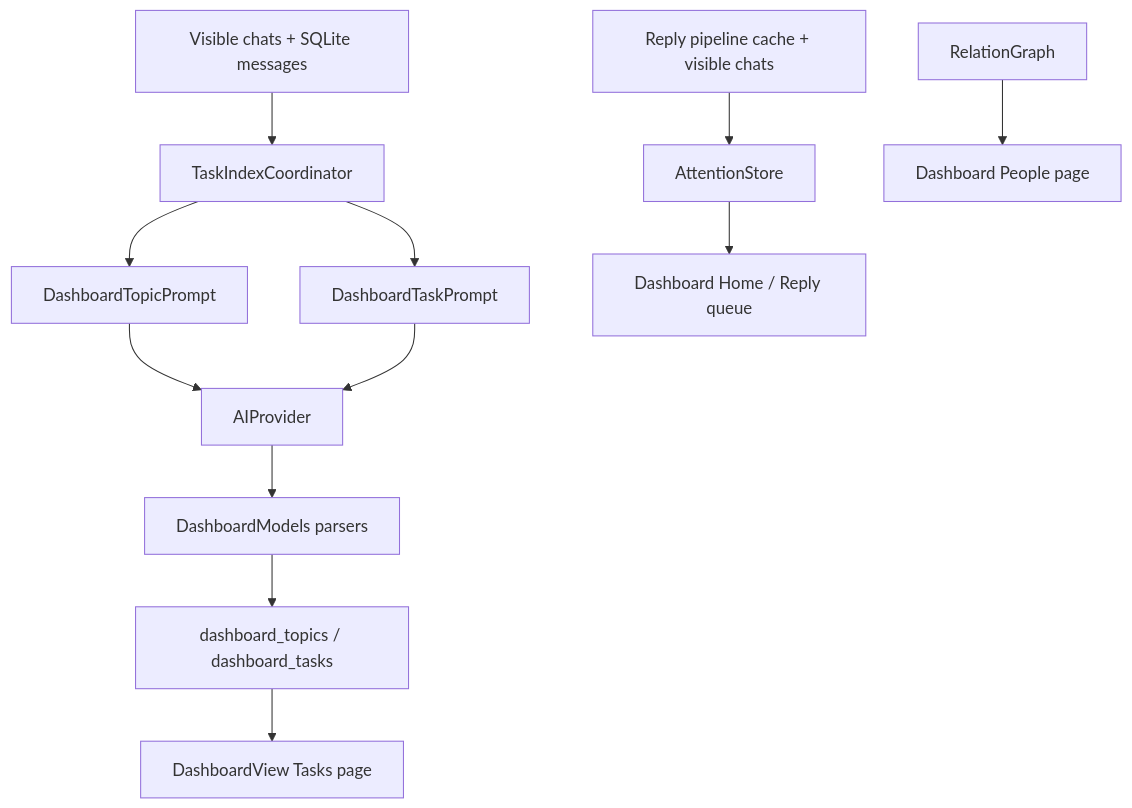
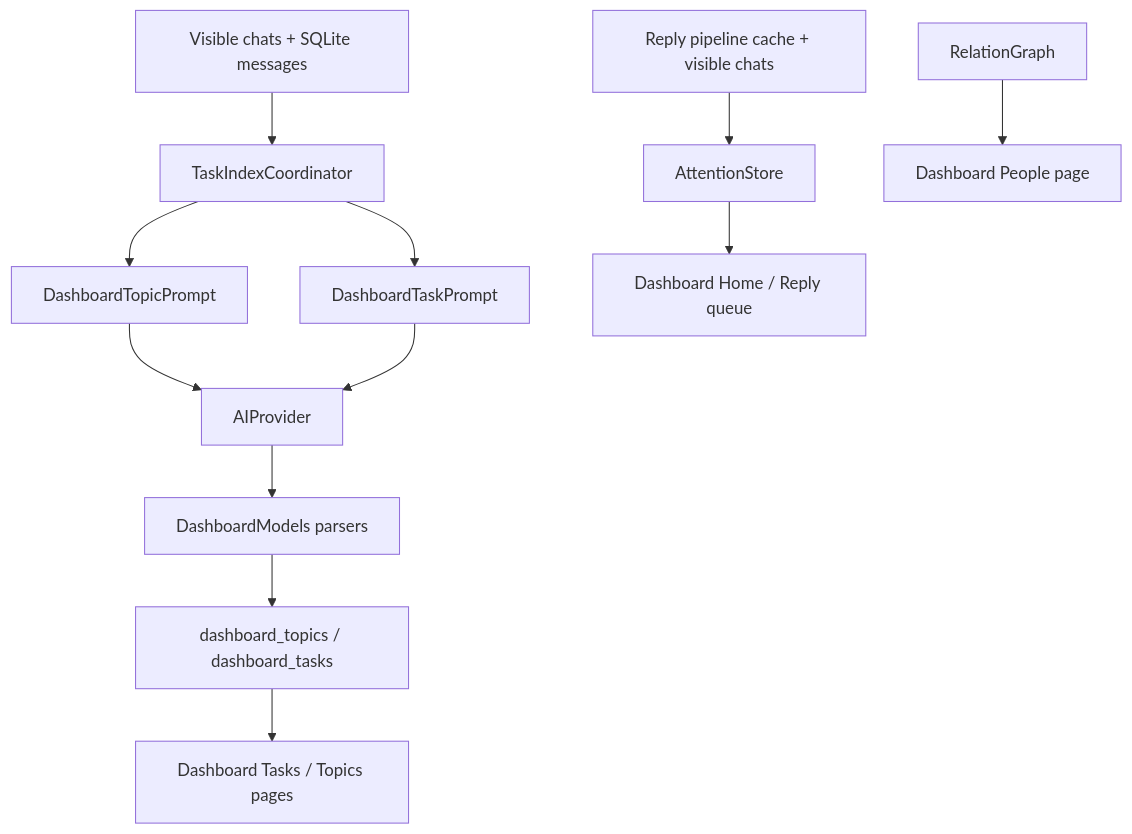
Before and after one commit to 0xpratzyy/telegraham: the second of 2 diagrams in docs/architecture.md, drawn with Mermaid. The commit also changed other lines of this file and 53 other files, not shown here.

````diff
--- a/docs/architecture.md
+++ b/docs/architecture.md
@@ -145,14 +157,14 @@
 ```mermaid
 flowchart TD
     A["Visible chats + SQLite messages"] --> B["TaskIndexCoordinator"]
     B --> C["DashboardTopicPrompt"]
     B --> D["DashboardTaskPrompt"]
     C --> E["AIProvider"]
     D --> E
     E --> F["DashboardModels parsers"]
     F --> G["dashboard_topics / dashboard_tasks"]
-    G --> H["DashboardView Tasks page"]
+    G --> H["Dashboard Tasks / Topics pages"]
     I["Reply pipeline cache + visible chats"] --> J["AttentionStore"]
     J --> K["Dashboard Home / Reply queue"]
     L["RelationGraph"] --> M["Dashboard People page"]
 ```
````
